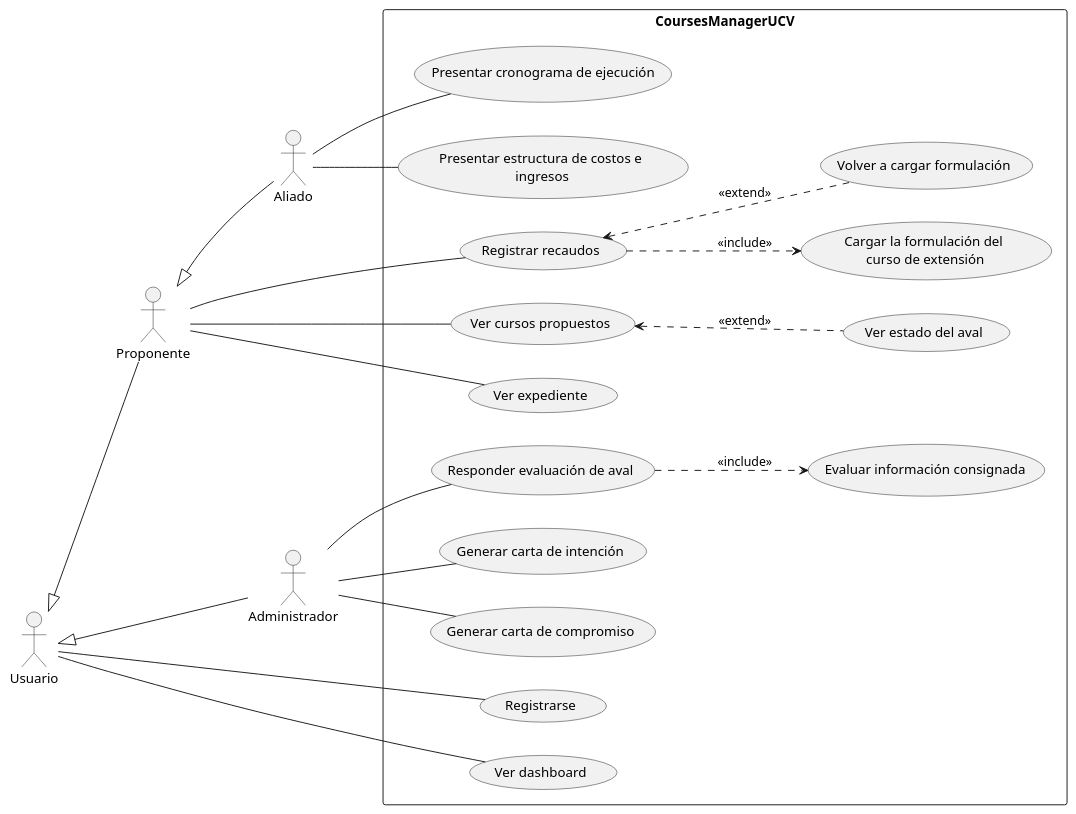
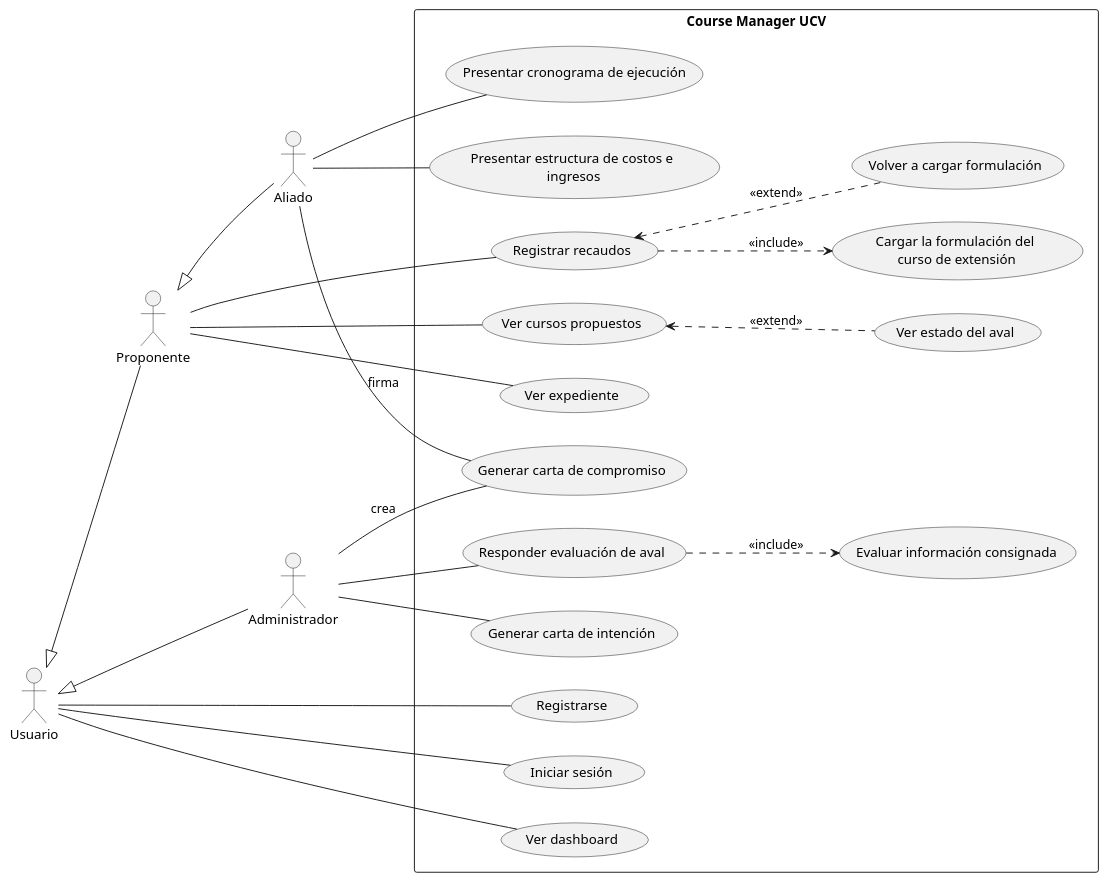
One commit to Samantha-Ramirez/ProyectoEquipo7ING changed the diagram in docs/scenariosView/DiagramaDeCasosDeUso.plantuml. Above: the diagram before and after it, drawn with PlantUML. The commit also changed 3 other files, not shown here.

```diff
--- a/docs/scenariosView/DiagramaDeCasosDeUso.plantuml
+++ b/docs/scenariosView/DiagramaDeCasosDeUso.plantuml
@@ -1,61 +1,62 @@
 @startuml DiagramaDeCasosDeUso
-'INICIO DE CASO DE USO
 
-'PRIMER ACTOR
+'ACTORES PRIMARIOS
 actor :Usuario: as Men1
 actor :Proponente: as Men2
 actor :Administrador: as Men3
 actor :Aliado: as Men4
 
 Men1 <|-- Men2
 Men1 <|-- Men3
 Men2 <|-- Men4
 left to right direction
 
 'INICIO DEL LIMITE
-rectangle CoursesManagerUCV{
+rectangle "Course Manager UCV"{
 (Registrarse) as (UC1)
+(Iniciar sesión) as (UC14)
 
 
 (Registrar recaudos) as (UC3)
-(Ver cursos propuestos) as (UC14)
+(Ver cursos propuestos) as (UC4)
 (Ver estado del aval) as (UC12)
 (Ver expediente) as (UC11)
 
 'CASO INCLUDE
 (Cargar la formulación del\n curso de extensión) as (UC5)
 
 (Ver dashboard) as (UC2)
 
 'CASO EXTEND
 (Volver a cargar formulación) as (UCE1)
 
 (Evaluar información consignada) as (UC6)
 (Responder evaluación de aval) as (UC7)
 (Generar carta de intención) as (UC8)
 (Generar carta de compromiso) as (UC13)
 
 (Presentar cronograma de ejecución) as (UC9)
 (Presentar estructura de costos e\n ingresos) as (UC10)
 }
 
 Men1 -- UC1
+Men1 -- UC14
 Men1 -- UC2
 
 Men2 -- UC3
-Men2 -- UC14
-UC14 <.. UC12: <<extend>>
+Men2 -- UC4
+UC4 <.. UC12: <<extend>>
 Men2 -- UC11
 UC3 ..> UC5  : <<include>>
+UC3 <.. UCE1 : <<extend>>
 
 Men3 -- UC7
 UC7 ..> UC6  : <<include>>
 Men3 -- UC8
-Men3 --UC13
+Men3 --UC13 : crea
 
 Men4 -- UC9
 Men4 -- UC10
-
-UC3 <.. UCE1 : <<extend>>
+Men4 -- UC13 : firma
 
 @enduml
```
